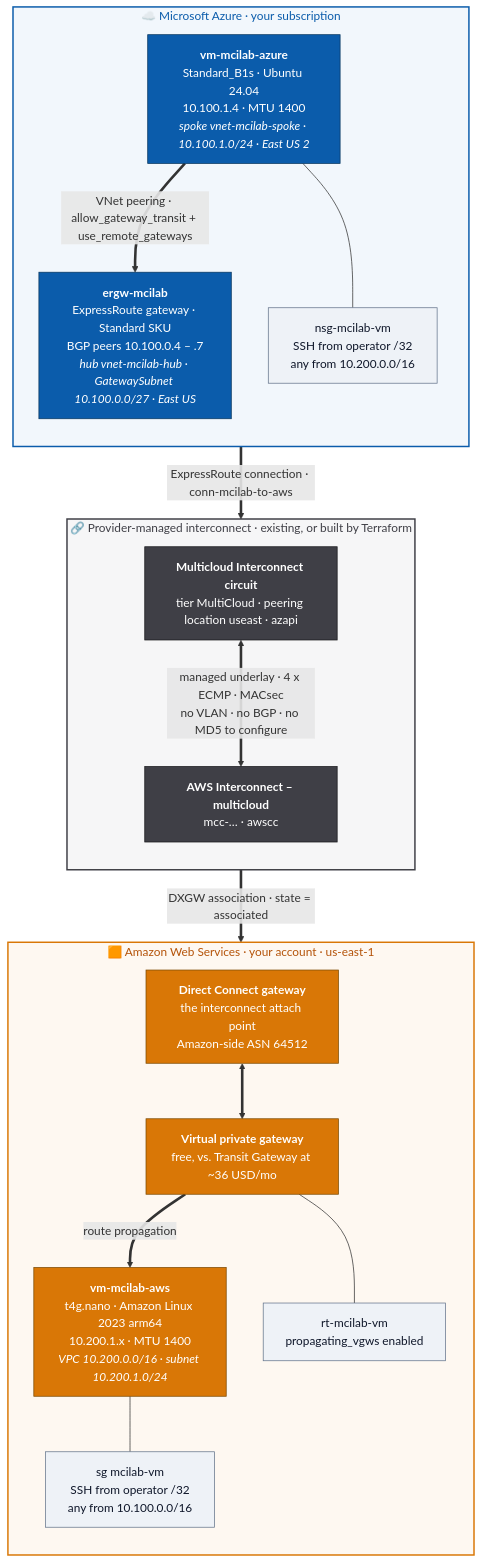
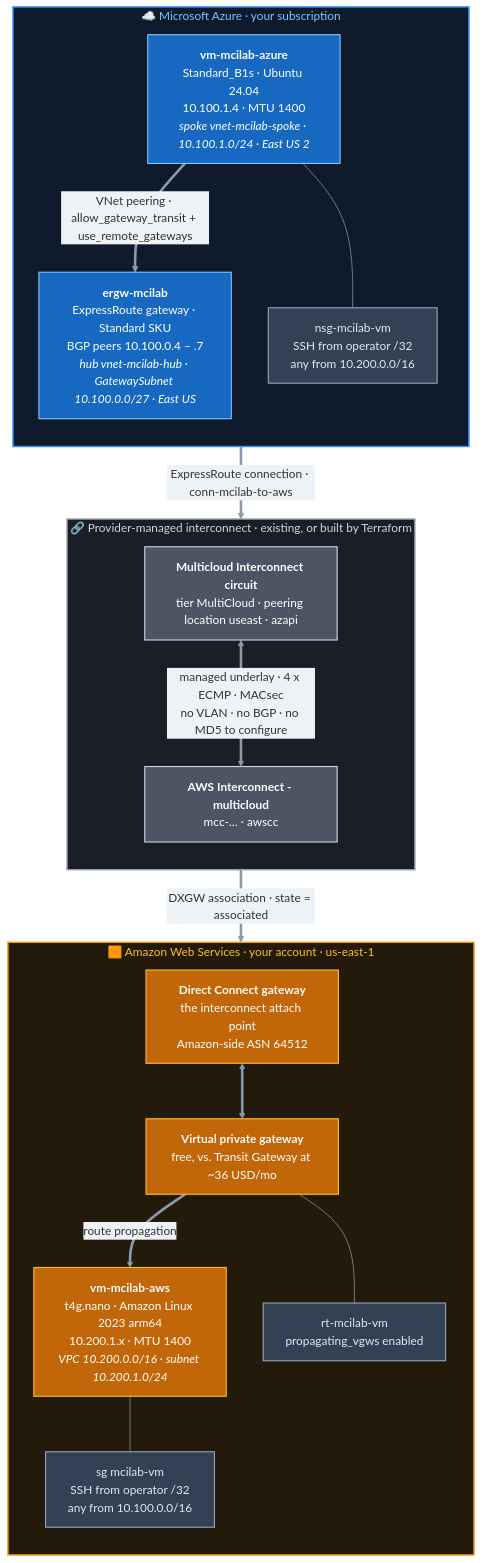
The diagram in README.md (dmauser/azure-aws-interconnect-lab), drawn with Mermaid before and after one commit. The commit also changed other lines of this file and 5 other files, not shown here.

First line of the commit message:
docs: add prerequisites checklist, theme-aware diagrams, split docs

````diff
--- a/README.md
+++ b/README.md
@@ -8,44 +60,45 @@
 ```mermaid
+%%{init: {"theme":"base","themeVariables":{"fontFamily":"Segoe UI, Helvetica, Arial, sans-serif","lineColor":"#8C9AAB","edgeLabelBackground":"#EDF2F7"}}}%%
 flowchart TB
-    classDef azure  fill:#0B5CAB,stroke:#08375F,color:#FFFFFF
-    classDef aws    fill:#D97706,stroke:#7C4A02,color:#FFFFFF
-    classDef fabric fill:#3F3F46,stroke:#18181B,color:#FFFFFF
-    classDef net    fill:#EEF2F7,stroke:#64748B,color:#0F172A
+    classDef azure  fill:#1668C1,stroke:#7CC3FF,stroke-width:1.5px,color:#FFFFFF
+    classDef aws    fill:#C2660A,stroke:#FBBF24,stroke-width:1.5px,color:#FFFFFF
+    classDef fabric fill:#4B5563,stroke:#D1D5DB,stroke-width:1.5px,color:#FFFFFF
+    classDef net    fill:#334155,stroke:#94A3B8,stroke-width:1.5px,color:#E2E8F0
 
     subgraph AZURE["☁️ Microsoft Azure · your subscription"]
         direction TB
         AZVM["<b>vm-mcilab-azure</b><br/>Standard_B1s · Ubuntu 24.04<br/>10.100.1.4 · MTU 1400<br/><i>spoke vnet-mcilab-spoke · 10.100.1.0/24 · East US 2</i>"]:::azure
         ERGW["<b>ergw-mcilab</b><br/>ExpressRoute gateway · Standard SKU<br/>BGP peers 10.100.0.4 – .7<br/><i>hub vnet-mcilab-hub · GatewaySubnet 10.100.0.0/27 · East US</i>"]:::azure
         AZSEC["nsg-mcilab-vm<br/>SSH from operator /32<br/>any from 10.200.0.0/16"]:::net
     end
 
     subgraph EDGE["🔗 Provider-managed interconnect · existing, or built by Terraform"]
         direction TB
         CKT["<b>Multicloud Interconnect circuit</b><br/>tier MultiCloud · peering location useast · azapi"]:::fabric
-        ICX["<b>AWS Interconnect – multicloud</b><br/>mcc-… · awscc"]:::fabric
+        ICX["<b>AWS Interconnect - multicloud</b><br/>mcc-… · awscc"]:::fabric
     end
 
     subgraph AWSC["🟧 Amazon Web Services · your account · us-east-1"]
         direction TB
         DXGW["<b>Direct Connect gateway</b><br/>the interconnect attach point<br/>Amazon-side ASN 64512"]:::aws
         VGW["<b>Virtual private gateway</b><br/>free, vs. Transit Gateway at ~36 USD/mo"]:::aws
         AWSVM["<b>vm-mcilab-aws</b><br/>t4g.nano · Amazon Linux 2023 arm64<br/>10.200.1.x · MTU 1400<br/><i>VPC 10.200.0.0/16 · subnet 10.200.1.0/24</i>"]:::aws
         AWSSEC["sg mcilab-vm<br/>SSH from operator /32<br/>any from 10.100.0.0/16"]:::net
         RT["rt-mcilab-vm<br/>propagating_vgws enabled"]:::net
     end
 
     AZVM ==>|"VNet peering · allow_gateway_transit + use_remote_gateways"| ERGW
     ERGW ==>|"ExpressRoute connection · conn-mcilab-to-aws"| CKT
     CKT <==>|"managed underlay · 4 x ECMP · MACsec<br/>no VLAN · no BGP · no MD5 to configure"| ICX
     ICX ==>|"DXGW association · state = associated"| DXGW
     DXGW <==> VGW
     VGW ==>|"route propagation"| AWSVM
 
     AZVM --- AZSEC
     AWSVM --- AWSSEC
     VGW --- RT
 
-    style AZURE fill:#F2F7FC,stroke:#0B5CAB,stroke-width:2px,color:#0B5CAB
-    style EDGE  fill:#F6F6F7,stroke:#3F3F46,stroke-width:2px,color:#3F3F46
-    style AWSC  fill:#FEF8F1,stroke:#D97706,stroke-width:2px,color:#B45309
+    style AZURE fill:#0F1B2D,stroke:#2E90FA,stroke-width:2px,color:#7CC3FF
+    style EDGE  fill:#1A1F27,stroke:#9CA3AF,stroke-width:2px,color:#D1D5DB
+    style AWSC  fill:#241A0C,stroke:#F59E0B,stroke-width:2px,color:#FBBF24
 ```
````
